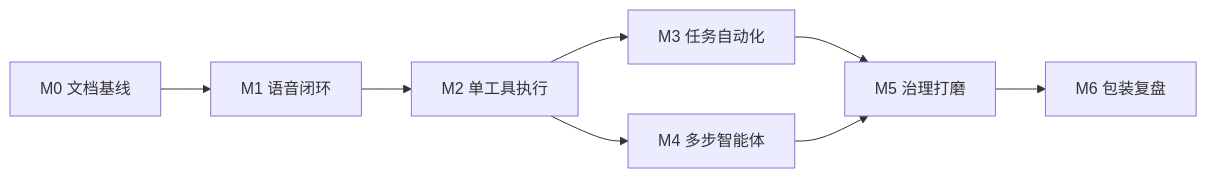
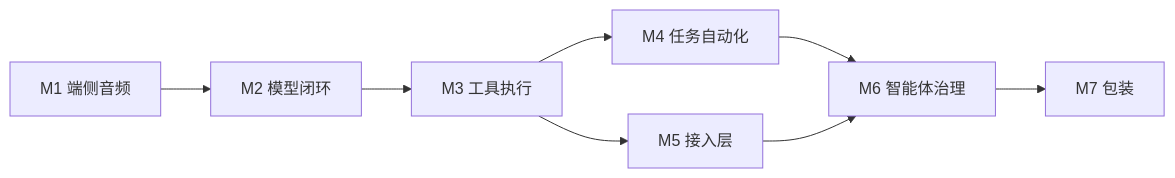
One commit to DongyueHAN/VoxDesk changed the diagram in docs/05-roadmap.md. Above: the diagram before and after it, drawn with Mermaid. The commit also changed other lines of this file and 1 other file, not shown here.

First line of the commit message:
docs(roadmap,ref): M0-M7 与离线能力对照 [v0.2.0] @ 2026-10-26T14:30+08:00

````diff
--- a/docs/05-roadmap.md
+++ b/docs/05-roadmap.md
@@ -101,11 +112,11 @@
 ```mermaid
-%% diagram: M0 里程碑依赖 | updated: 2026-10-20
+%% diagram: M0 里程碑依赖 | updated: 2026-10-26
 flowchart LR
-    M0["M0 文档基线"] --> M1["M1 语音闭环"]
-    M1 --> M2["M2 单工具执行"]
-    M2 --> M3["M3 任务自动化"]
-    M2 --> M4["M4 多步智能体"]
-    M3 --> M5["M5 治理打磨"]
-    M4 --> M5
-    M5 --> M6["M6 包装复盘"]
+    M1["M1 端侧音频"] --> M2["M2 模型闭环"]
+    M2 --> M3["M3 工具执行"]
+    M3 --> M4["M4 任务自动化"]
+    M3 --> M5["M5 接入层"]
+    M4 --> M6["M6 智能体治理"]
+    M5 --> M6
+    M6 --> M7["M7 包装"]
 ```
````
